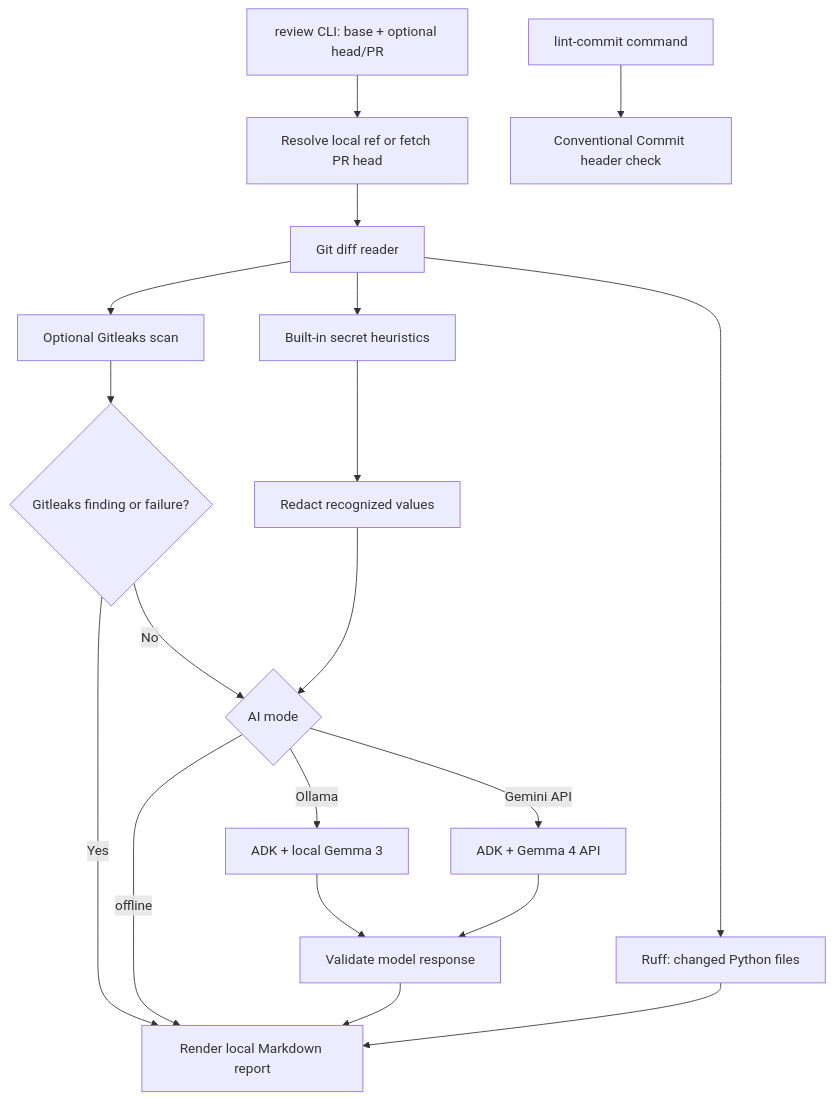
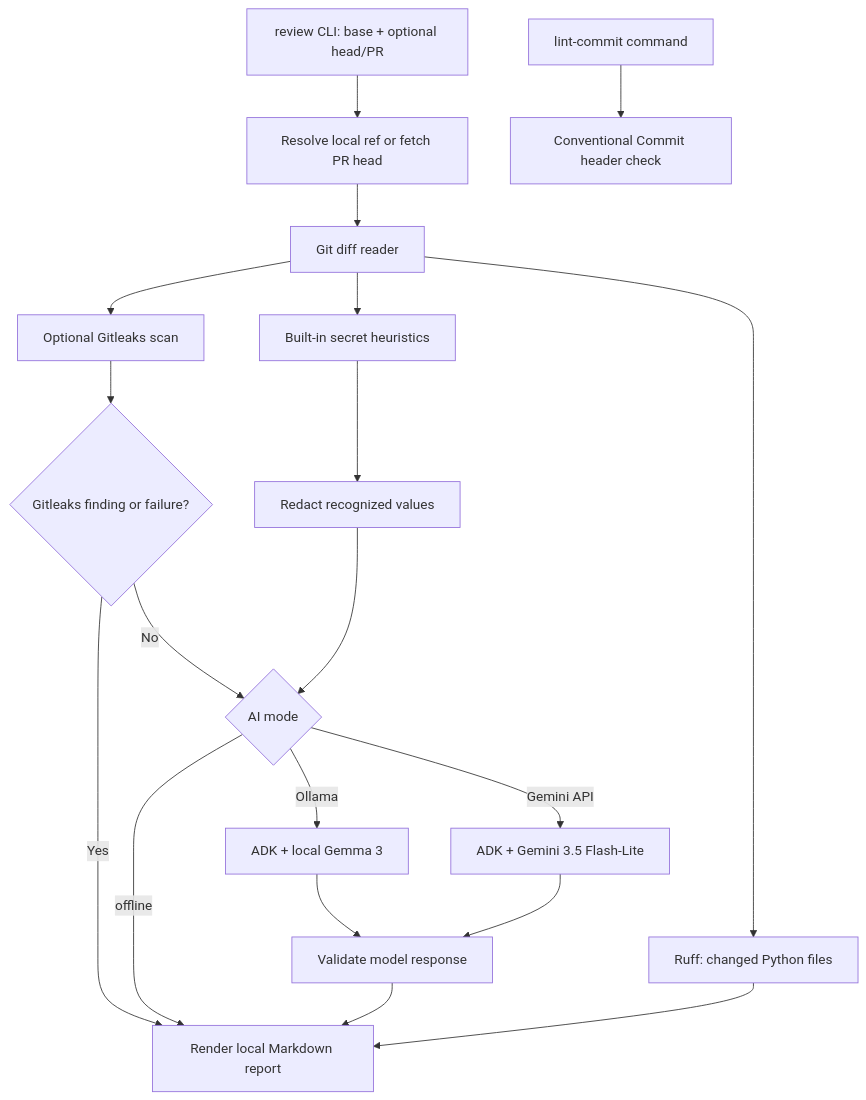
Before and after one commit to Dhanushp007/open-source-agents: the diagram in agents/gitpulse/README.md, drawn with Mermaid. The commit also changed other lines of this file and 7 other files, not shown here.

Commit message:
fix(agents): use Gemini 3.5 Flash-Lite API model

````diff
--- a/agents/gitpulse/README.md
+++ b/agents/gitpulse/README.md
@@ -35,21 +35,21 @@
 ```mermaid
 flowchart TD
     CLI["review CLI: base + optional head/PR"] --> TARGET["Resolve local ref or fetch PR head"]
     TARGET --> DIFF["Git diff reader"]
     DIFF --> HEURISTIC["Built-in secret heuristics"]
     DIFF --> GITLEAKS["Optional Gitleaks scan"]
     DIFF --> RUFF["Ruff: changed Python files"]
     GITLEAKS --> GATE{"Gitleaks finding or failure?"}
     HEURISTIC --> REDACT["Redact recognized values"]
     GATE -->|Yes| REPORT["Render local Markdown report"]
     GATE -->|No| MODE{"AI mode"}
     REDACT --> MODE
     MODE -->|offline| REPORT
     MODE -->|Ollama| ADK["ADK + local Gemma 3"]
-    MODE -->|Gemini API| API["ADK + Gemma 4 API"]
+    MODE -->|Gemini API| API["ADK + Gemini 3.5 Flash-Lite"]
     ADK --> VALIDATE["Validate model response"]
     API --> VALIDATE
     VALIDATE --> REPORT
     RUFF --> REPORT
     COMMIT["lint-commit command"] --> CC["Conventional Commit header check"]
 ```
````
